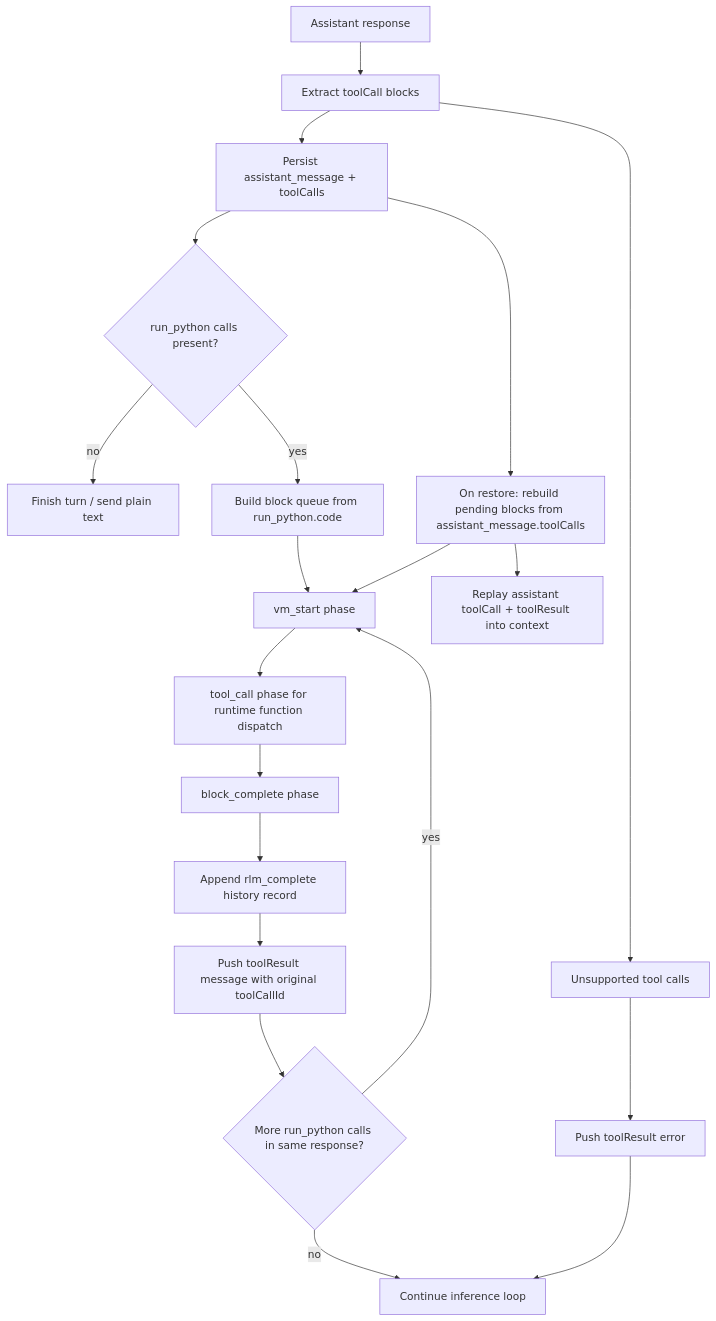
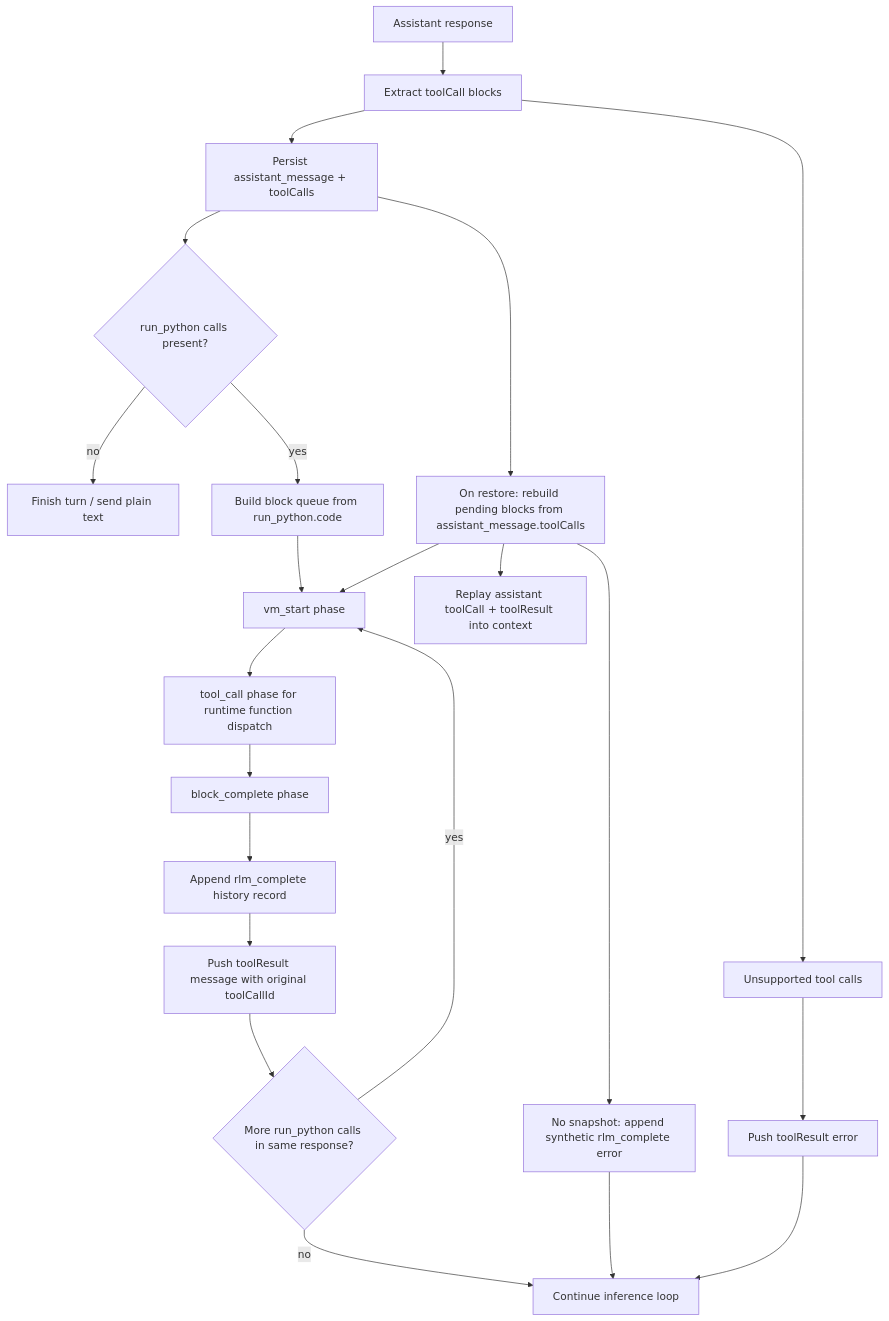
One commit to ex3ndr/daycare changed the diagram in doc/internals/rlm-multiline-python.md. Above: the diagram before and after it, drawn with Mermaid. The commit also changed other lines of this file and 3 other files, not shown here.

Commit message:
fix(agent): continue inference after synthetic rlm completion

````diff
--- a/doc/internals/rlm-multiline-python.md
+++ b/doc/internals/rlm-multiline-python.md
@@ -18,22 +19,24 @@
 ```mermaid
 flowchart TD
   U[Assistant response] --> A[Extract toolCall blocks]
   A --> B[Persist assistant_message + toolCalls]
   B --> C{run_python calls present?}
   C -- no --> D[Finish turn / send plain text]
   C -- yes --> E[Build block queue from run_python.code]
   E --> F[vm_start phase]
   F --> G[tool_call phase for runtime function dispatch]
   G --> H[block_complete phase]
   H --> I[Append rlm_complete history record]
   I --> J[Push toolResult message with original toolCallId]
   J --> K{More run_python calls in same response?}
   K -- yes --> F
   K -- no --> L[Continue inference loop]
   A --> M[Unsupported tool calls]
   M --> N[Push toolResult error]
   N --> L
   B --> O[On restore: rebuild pending blocks from assistant_message.toolCalls]
   O --> F
   O --> P[Replay assistant toolCall + toolResult into context]
+  O --> Q[No snapshot: append synthetic rlm_complete error]
+  Q --> L
 ```
````
